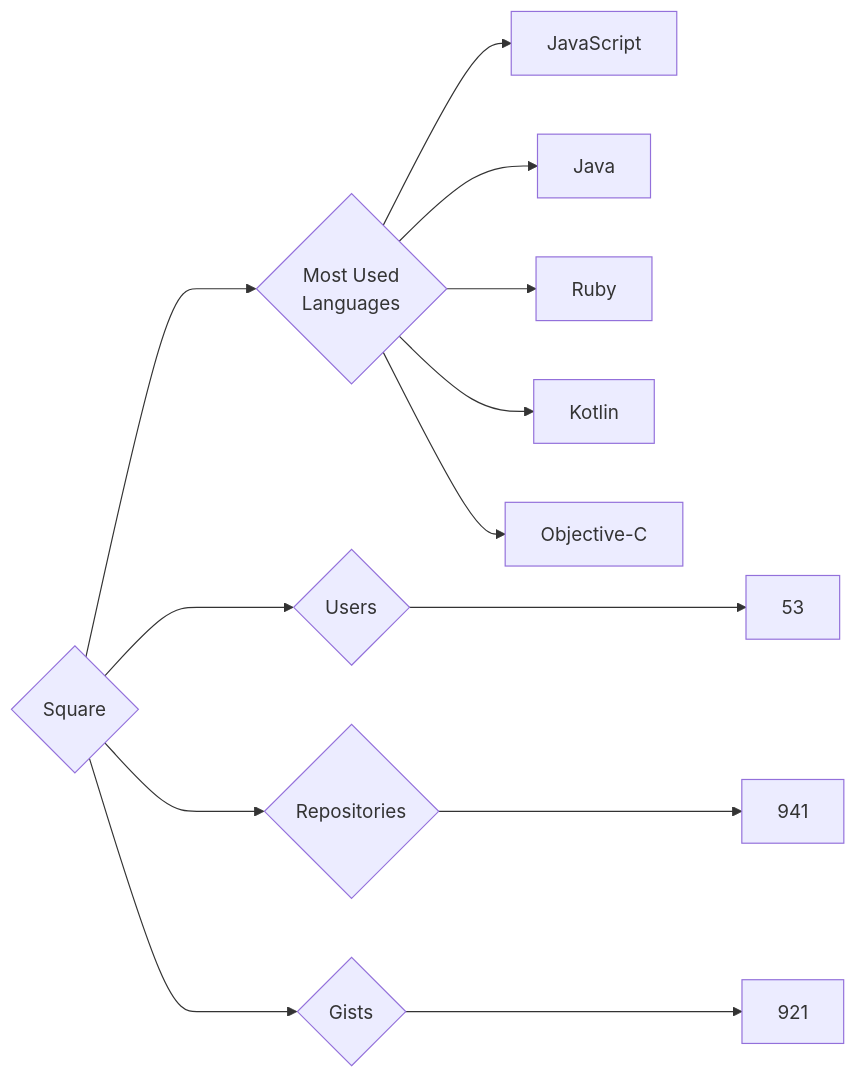
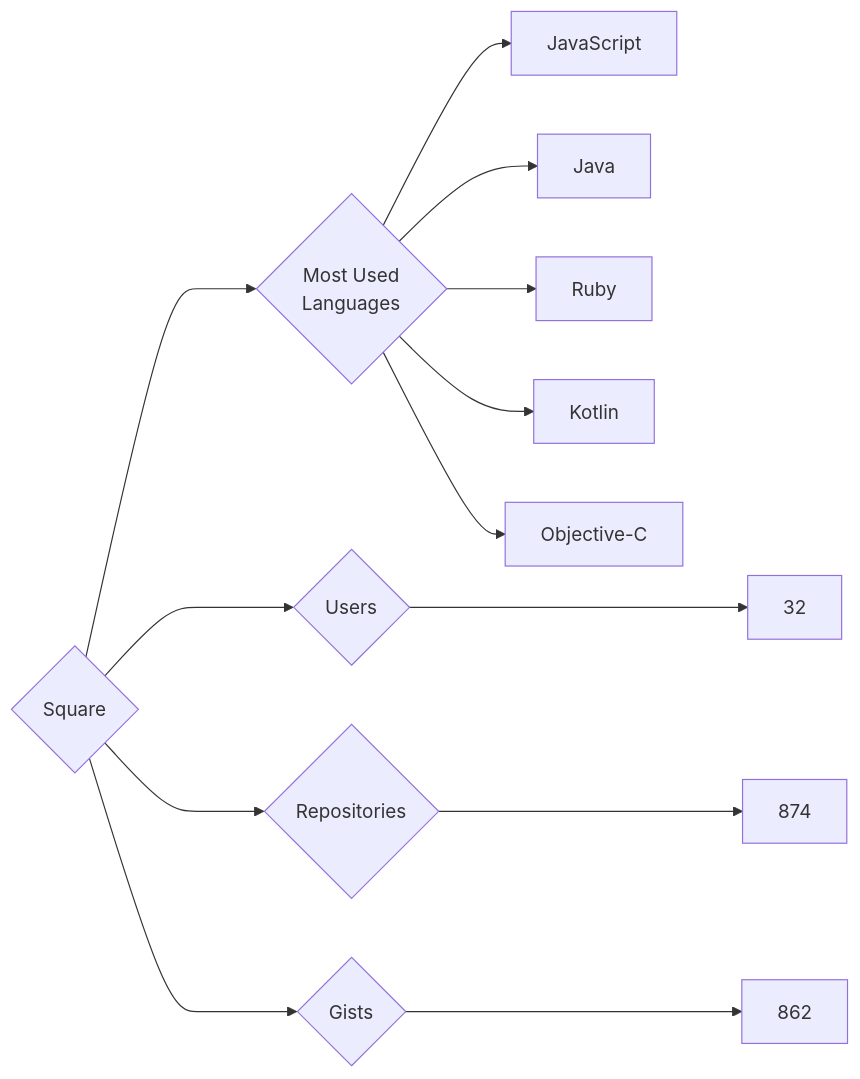
Before and after one commit to trickest/insiders: the diagram in targets/Square/README.md, drawn with Mermaid. The commit also changed 829 other files, not shown here.

````diff
--- a/targets/Square/README.md
+++ b/targets/Square/README.md
@@ -3,13 +3,13 @@
 ```mermaid
 graph LR
 COMPANY_NAME{Square}
-COMPANY_NAME ---> U{Users} ---> UN[53]
-COMPANY_NAME ---> R{Repositories} ---> RN[941]
-COMPANY_NAME ---> G{Gists} ---> GN[921]
+COMPANY_NAME ---> U{Users} ---> UN[32]
+COMPANY_NAME ---> R{Repositories} ---> RN[874]
+COMPANY_NAME ---> G{Gists} ---> GN[862]
 COMPANY_NAME ---> ML{Most Used<br>Languages}
 ML --> JavaScript[JavaScript]
 ML --> Java[Java]
 ML --> Ruby[Ruby]
 ML --> Kotlin[Kotlin]
 ML --> Objective-C[Objective-C]
 ```
````
